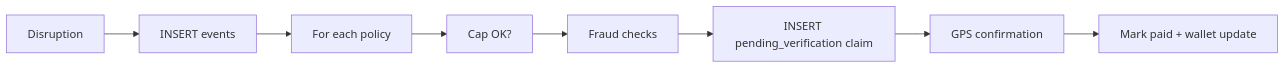
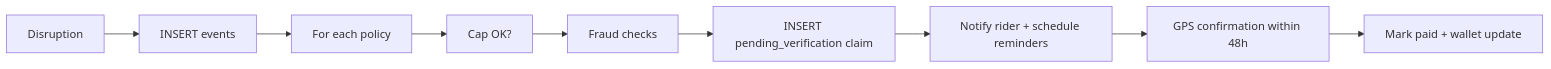
Before and after one commit to lohitkolluri/Oasis: the diagram in Docs/src/content/docs/features/claims-processing.md, drawn with Mermaid. The commit also changed other lines of this file and 56 other files, not shown here.

````diff
--- a/Docs/src/content/docs/features/claims-processing.md
+++ b/Docs/src/content/docs/features/claims-processing.md
@@ -26,10 +26,11 @@
 ```mermaid
 flowchart LR
     A[Disruption] --> B[INSERT events]
     B --> C[For each policy]
     C --> D[Cap OK?]
     D --> E[Fraud checks]
     E --> F[INSERT pending_verification claim]
-    F --> G[GPS confirmation]
-    G --> H[Mark paid + wallet update]
+    F --> G[Notify rider + schedule reminders]
+    G --> H[GPS confirmation within 48h]
+    H --> I[Mark paid + wallet update]
 ```
````
